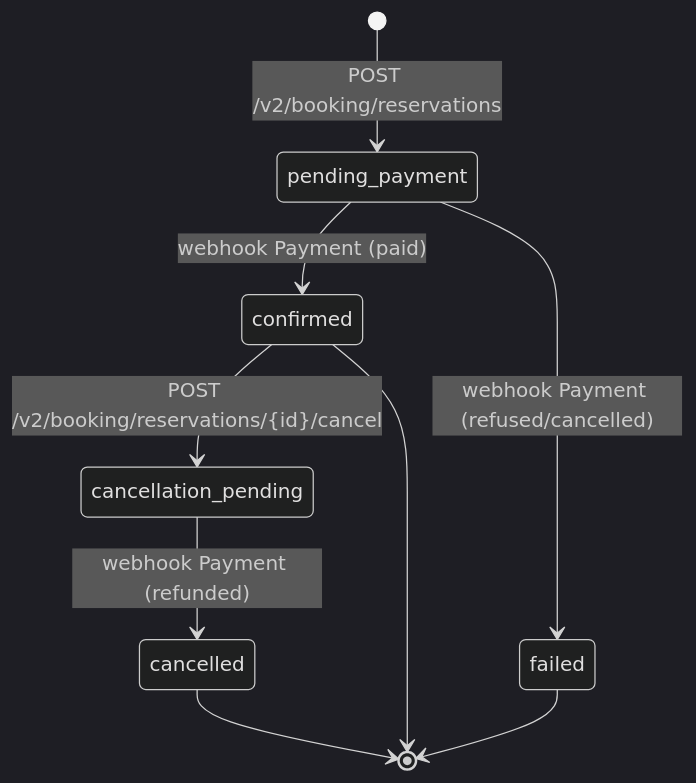
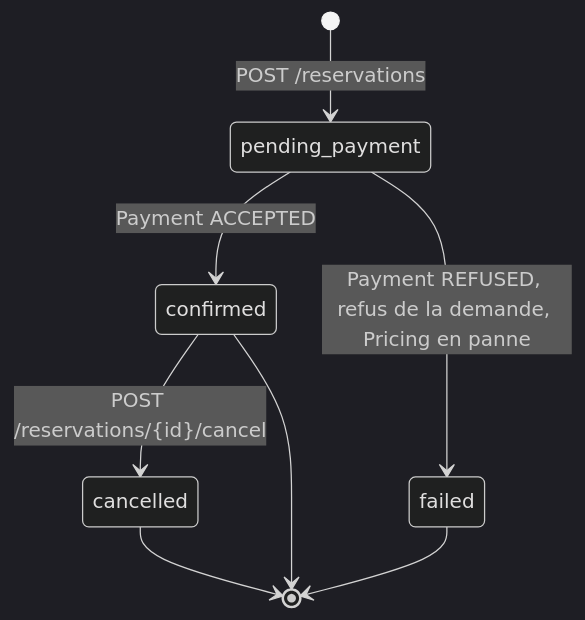
One commit to Yanom-school-projects/M1-Projet-Architecture-Booking changed the third of 4 diagrams in docs/booking_architecture.md. Above: the diagram before and after it, drawn with Mermaid (dark theme). The commit also changed other lines of this file and 2 other files, not shown here.

Commit message:
docs: architecture et scénario de test à jour pour la v2.6.0

````diff
--- a/docs/booking_architecture.md
+++ b/docs/booking_architecture.md
@@ -209,11 +182,10 @@
 ```mermaid
 stateDiagram-v2
-    [*] --> pending_payment: POST /v2/booking/reservations
-    pending_payment --> confirmed: webhook Payment (paid)
-    pending_payment --> failed: webhook Payment (refused/cancelled)
-    confirmed --> cancellation_pending: POST /v2/booking/reservations/{id}/cancel
-    cancellation_pending --> cancelled: webhook Payment (refunded)
+    [*] --> pending_payment: POST /reservations
+    pending_payment --> confirmed: Payment ACCEPTED
+    pending_payment --> failed: Payment REFUSED, refus de la demande, Pricing en panne
+    confirmed --> cancelled: POST /reservations/{id}/cancel
     confirmed --> [*]
     failed --> [*]
     cancelled --> [*]
 ```
````
